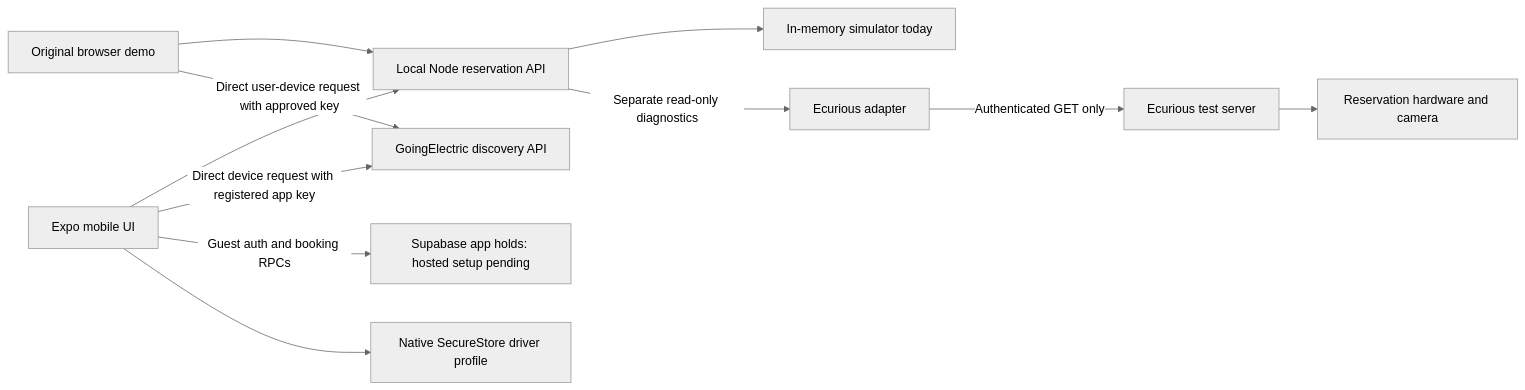
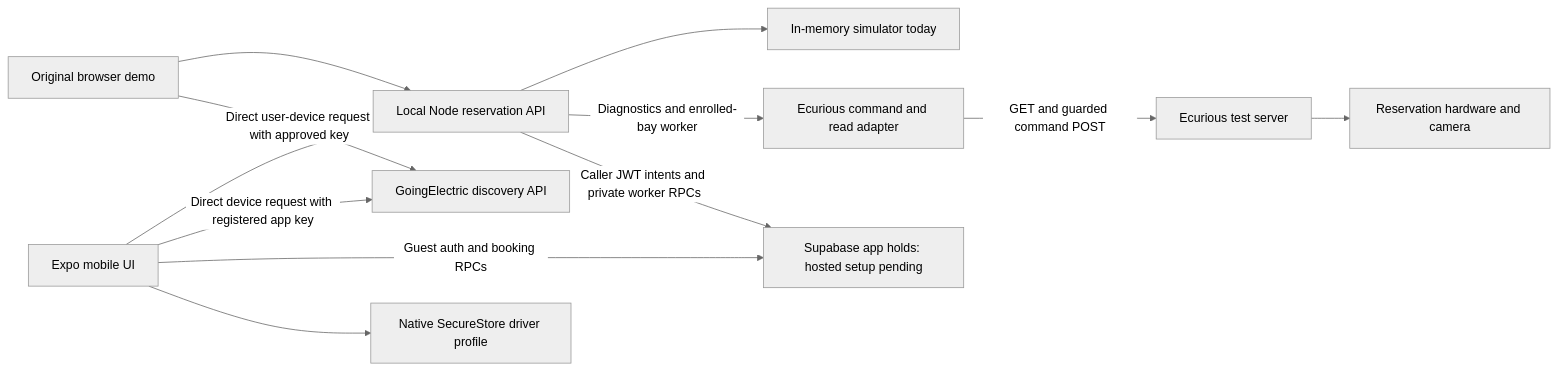
Before and after one commit to BorisPetreski/Ecurious-Challenge: the diagram in docs/INTEGRATION.md, drawn with Mermaid (neutral theme). The commit also changed other lines of this file and 59 other files, not shown here.

````diff
--- a/docs/INTEGRATION.md
+++ b/docs/INTEGRATION.md
@@ -9,13 +9,14 @@
 ```mermaid
 flowchart LR
   Driver[Expo mobile UI] --> Local[Local Node reservation API]
   Browser[Original browser demo] --> Local
   Local --> Sim[In-memory simulator today]
-  Local -->|Separate read-only diagnostics| Adapter[Ecurious adapter]
-  Adapter -->|Authenticated GET only| Server[Ecurious test server]
+  Local -->|Diagnostics and enrolled-bay worker| Adapter[Ecurious command and read adapter]
+  Adapter -->|GET and guarded command POST| Server[Ecurious test server]
   Server --> Bay[Reservation hardware and camera]
   Browser -->|Direct user-device request with approved key| GE[GoingElectric discovery API]
   Driver -->|Direct device request with registered app key| GE
   Driver -->|Guest auth and booking RPCs| Supabase[Supabase app holds: hosted setup pending]
   Driver --> Profile[Native SecureStore driver profile]
+  Local -->|Caller JWT intents and private worker RPCs| Supabase
 ```
````
